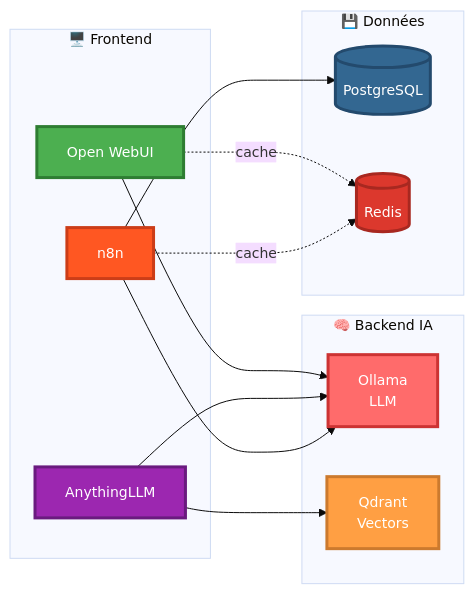
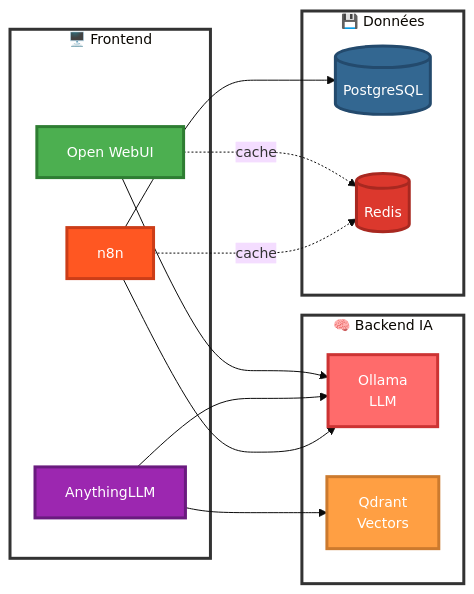
Diagram 12 of 14 in docs/ARCHITECTURE.md (MPFabio/Stack-IA), drawn with Mermaid before and after one commit. The commit also changed other lines of this file, not shown here.

````diff
--- a/docs/ARCHITECTURE.md
+++ b/docs/ARCHITECTURE.md
@@ -799,37 +808,40 @@
 ```mermaid
 %%{init: {'theme':'base', 'themeVariables': { 'fontSize':'14px'}}}%%
 graph LR
     subgraph UI["🖥️ Frontend"]
         WEBUI["Open WebUI"]
         ANYTHING["AnythingLLM"]
         N8N["n8n"]
     end
     
     subgraph BACKEND["🧠 Backend IA"]
         OLLAMA["Ollama<br/>LLM"]
         QDRANT["Qdrant<br/>Vectors"]
     end
     
     subgraph DATA["💾 Données"]
         POSTGRES[("PostgreSQL")]
         REDIS[("Redis")]
     end
     
     WEBUI --> OLLAMA
     WEBUI -.cache.-> REDIS
     
     ANYTHING --> OLLAMA
     ANYTHING --> QDRANT
     
     N8N --> OLLAMA
     N8N --> POSTGRES
     N8N -.cache.-> REDIS
     
     style WEBUI fill:#4CAF50,stroke:#2e7d32,stroke-width:3px,color:#fff
     style ANYTHING fill:#9C27B0,stroke:#6a1b7f,stroke-width:3px,color:#fff
     style N8N fill:#FF5722,stroke:#cc3d18,stroke-width:3px,color:#fff
     style OLLAMA fill:#ff6b6b,stroke:#cc3333,stroke-width:3px,color:#fff
     style QDRANT fill:#ff9f43,stroke:#cc7a2e,stroke-width:3px,color:#fff
     style POSTGRES fill:#336791,stroke:#234a6d,stroke-width:3px,color:#fff
     style REDIS fill:#dc382d,stroke:#a82820,stroke-width:3px,color:#fff
+    style UI fill:#ffffff,stroke:#333,stroke-width:3px
+    style BACKEND fill:#ffffff,stroke:#333,stroke-width:3px
+    style DATA fill:#ffffff,stroke:#333,stroke-width:3px
 ```
````
